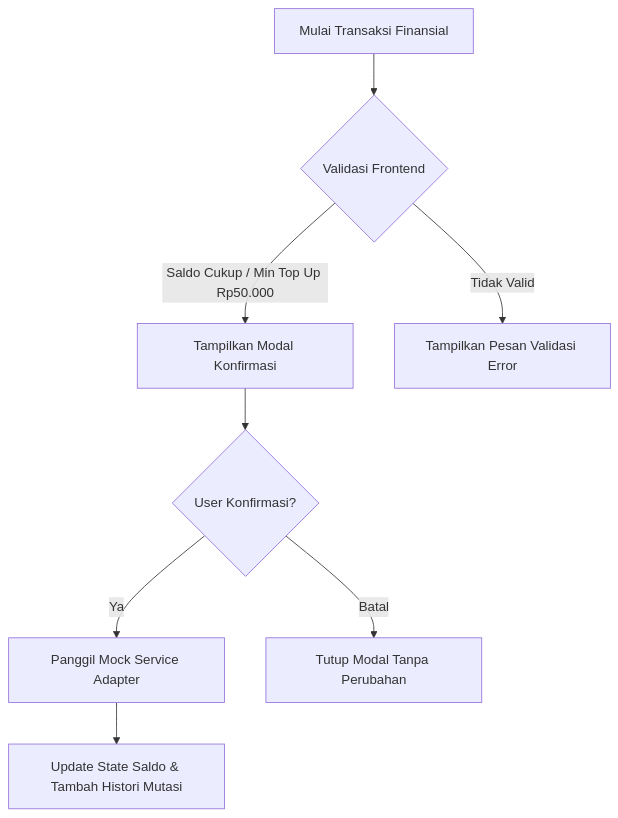
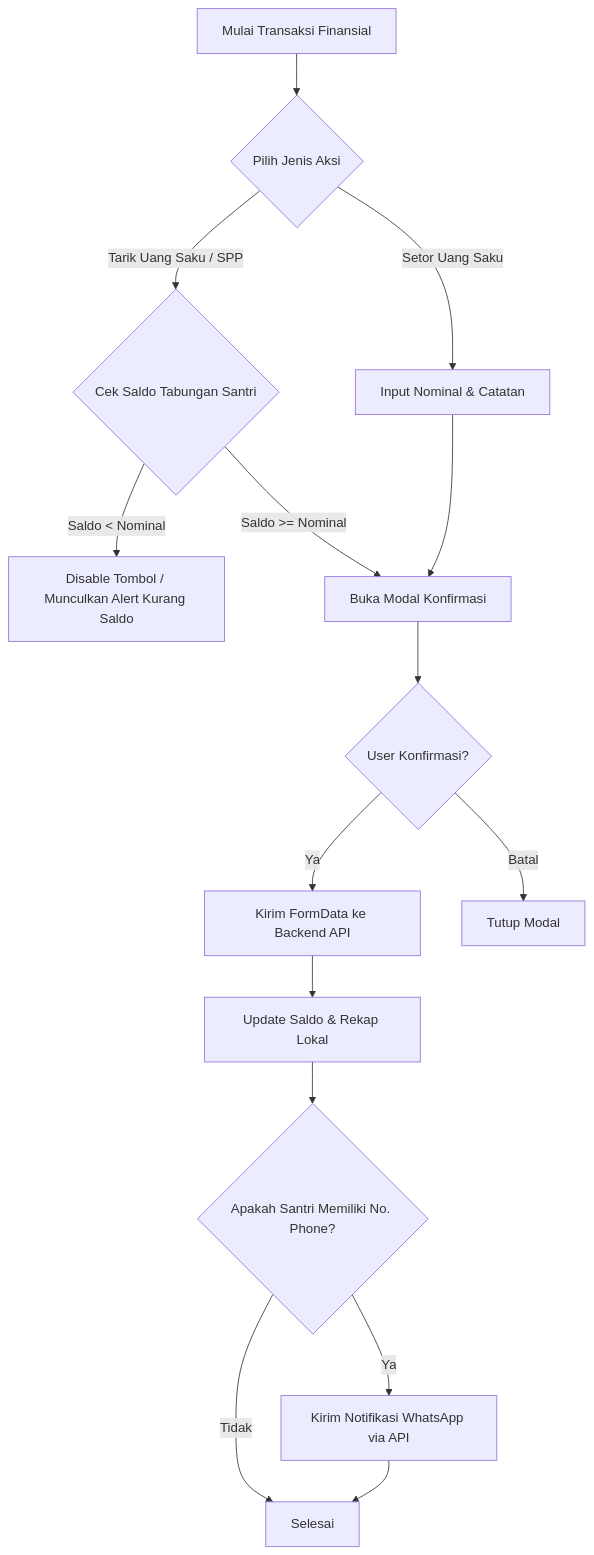
The diagram in docs/prd.md (Mammuasyir/portal-bendahara), drawn with Mermaid before and after one commit. The commit also changed other lines of this file and 4 other files, not shown here.

Commit message:
docs: initialize project documentation and architecture overview

````diff
--- a/docs/prd.md
+++ b/docs/prd.md
@@ -63,10 +73,17 @@
 ```mermaid
 flowchart TD
-    A[Mulai Transaksi Finansial] --> B{Validasi Frontend}
-    B -- Saldo Cukup / Min Top Up Rp50.000 --> C[Tampilkan Modal Konfirmasi]
-    B -- Tidak Valid --> D[Tampilkan Pesan Validasi Error]
-    C --> E{User Konfirmasi?}
-    E -- Ya --> F[Panggil Mock Service Adapter]
-    E -- Batal --> G[Tutup Modal Tanpa Perubahan]
-    F --> H[Update State Saldo & Tambah Histori Mutasi]
+    A[Mulai Transaksi Finansial] --> B{Pilih Jenis Aksi}
+    B -- Setor Uang Saku --> C[Input Nominal & Catatan]
+    B -- Tarik Uang Saku / SPP --> D{Cek Saldo Tabungan Santri}
+    D -- Saldo < Nominal --> E[Disable Tombol / Munculkan Alert Kurang Saldo]
+    D -- Saldo >= Nominal --> F[Buka Modal Konfirmasi]
+    C --> F
+    F --> G{User Konfirmasi?}
+    G -- Ya --> H[Kirim FormData ke Backend API]
+    G -- Batal --> I[Tutup Modal]
+    H --> J[Update Saldo & Rekap Lokal]
+    J --> K{Apakah Santri Memiliki No. Phone?}
+    K -- Ya --> L[Kirim Notifikasi WhatsApp via API]
+    K -- Tidak --> M[Selesai]
+    L --> M
 ```
````
